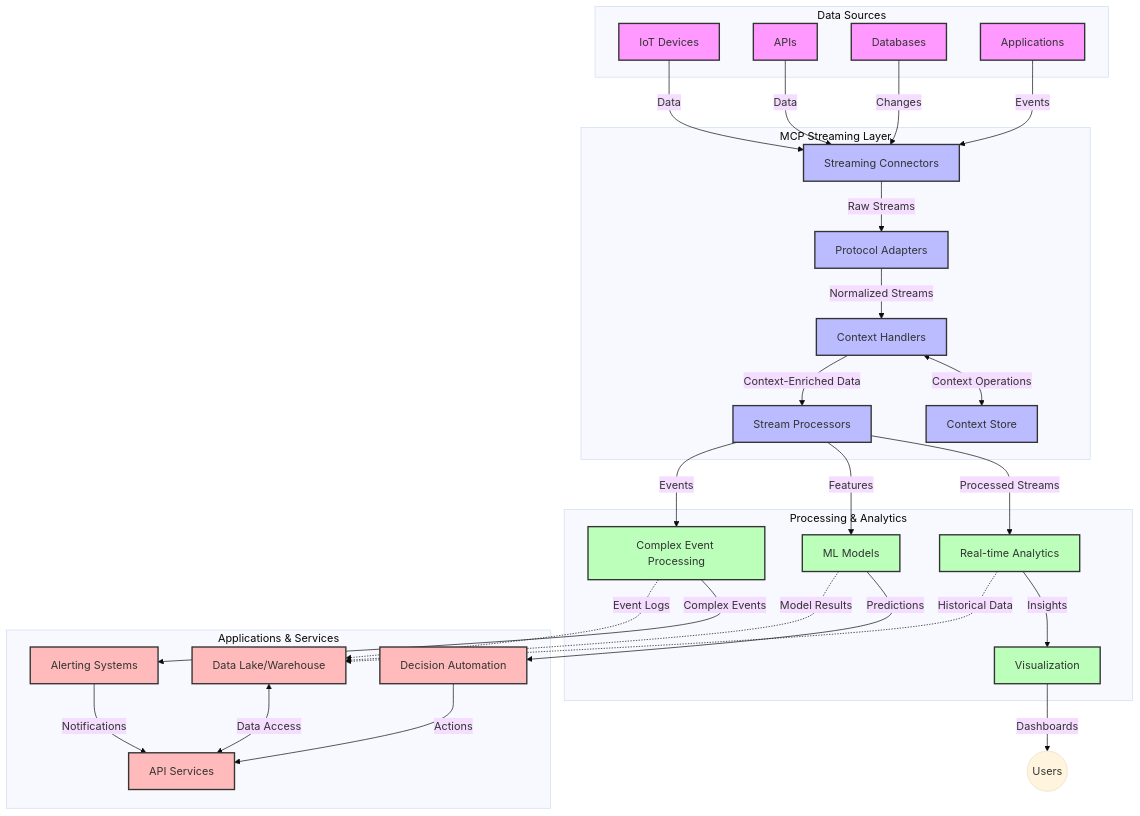
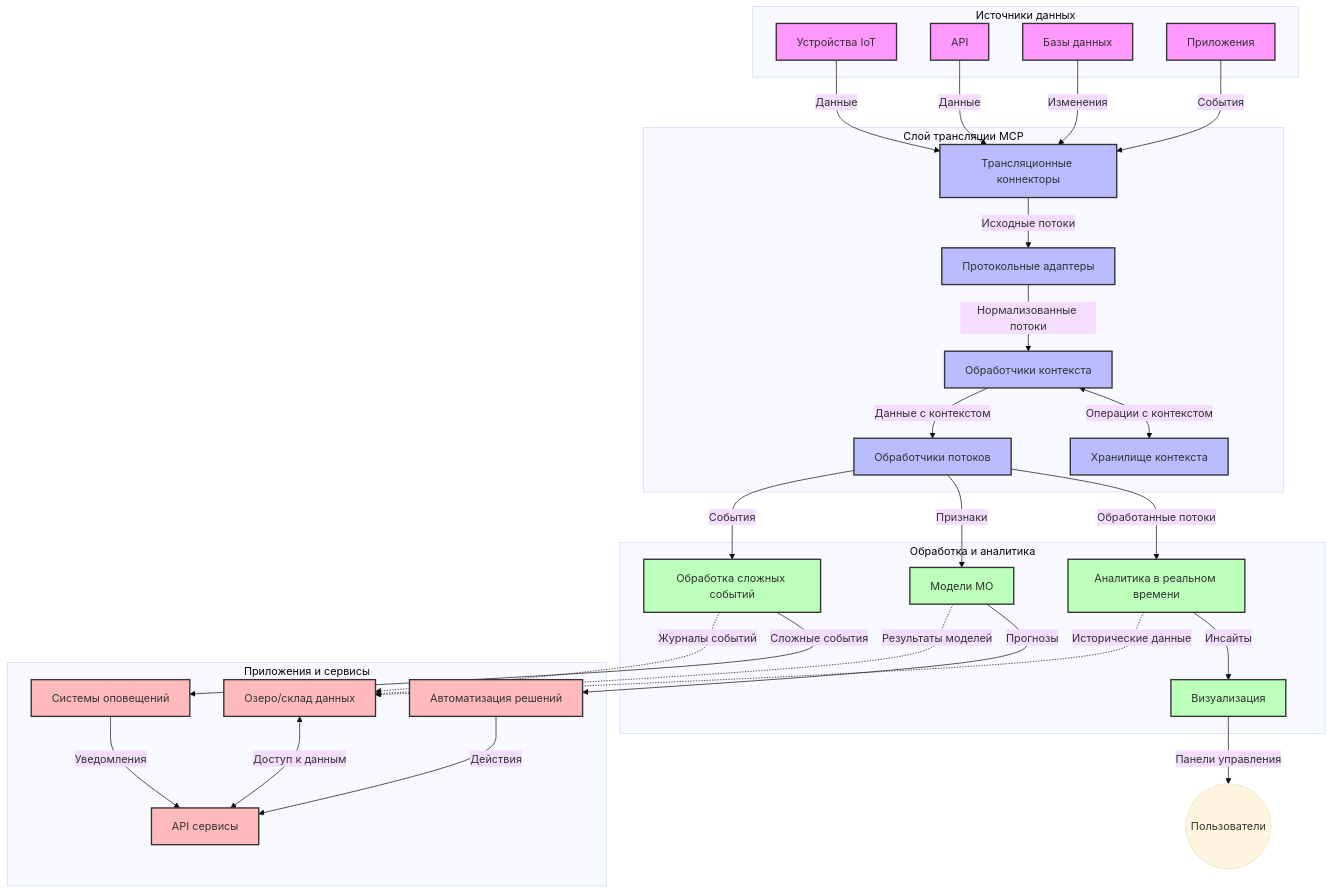
Before and after one commit to HIDORAKAI002/ai-workspace-archive: the diagram in mcp_ecosystem__model_context_protocol/mcp_learning_resources/mcp-for-beginners/translations/ru/05-AdvancedTopics/mcp-realtimestreaming/README.md, drawn with Mermaid (base theme). The commit also changed other lines of this file and 1511 other files, not shown here.

Commit message:
chore(sync): update Public APIs Directory, Awesome ChatGPT Prompts, Dify, Activepieces, Trigger.dev, Windmill, Budibase, punkpeye/awesome-mcp-servers, +22 more

````diff
--- a/mcp_ecosystem__model_context_protocol/mcp_learning_resources/mcp-for-beginners/translations/ru/05-AdvancedTopics/mcp-realtimestreaming/README.md
+++ b/mcp_ecosystem__model_context_protocol/mcp_learning_resources/mcp-for-beginners/translations/ru/05-AdvancedTopics/mcp-realtimestreaming/README.md
@@ -90,67 +90,67 @@
 ```mermaid
 graph TD
-    subgraph "Data Sources"
-        IoT[IoT Devices]
-        APIs[APIs]
-        DB[Databases]
-        Apps[Applications]
+    subgraph "Источники данных"
+        IoT[Устройства IoT]
+        APIs[API]
+        DB[Базы данных]
+        Apps[Приложения]
     end
 
-    subgraph "MCP Streaming Layer"
-        SC[Streaming Connectors]
-        PA[Protocol Adapters]
-        CH[Context Handlers]
-        SP[Stream Processors]
-        CS[Context Store]
+    subgraph "Слой трансляции MCP"
+        SC[Трансляционные коннекторы]
+        PA[Протокольные адаптеры]
+        CH[Обработчики контекста]
+        SP[Обработчики потоков]
+        CS[Хранилище контекста]
     end
 
-    subgraph "Processing & Analytics"
-        RT[Real-time Analytics]
-        ML[ML Models]
-        CEP[Complex Event Processing]
-        Viz[Visualization]
+    subgraph "Обработка и аналитика"
+        RT[Аналитика в реальном времени]
+        ML[Модели МО]
+        CEP[Обработка сложных событий]
+        Viz[Визуализация]
     end
 
-    subgraph "Applications & Services"
-        DA[Decision Automation]
-        Alerts[Alerting Systems]
-        DL[Data Lake/Warehouse]
-        API[API Services]
+    subgraph "Приложения и сервисы"
+        DA[Автоматизация решений]
+        Alerts[Системы оповещений]
+        DL[Озеро/склад данных]
+        API[API сервисы]
     end
 
-    IoT -->|Data| SC
-    APIs -->|Data| SC
-    DB -->|Changes| SC
-    Apps -->|Events| SC
+    IoT -->|Данные| SC
+    APIs -->|Данные| SC
+    DB -->|Изменения| SC
+    Apps -->|События| SC
     
-    SC -->|Raw Streams| PA
-    PA -->|Normalized Streams| CH
-    CH <-->|Context Operations| CS
-    CH -->|Context-Enriched Data| SP
-    SP -->|Processed Streams| RT
-    SP -->|Features| ML
-    SP -->|Events| CEP
+    SC -->|Исходные потоки| PA
+    PA -->|Нормализованные потоки| CH
+    CH <-->|Операции с контекстом| CS
+    CH -->|Данные с контекстом| SP
+    SP -->|Обработанные потоки| RT
+    SP -->|Признаки| ML
+    SP -->|События| CEP
     
-    RT -->|Insights| Viz
-    ML -->|Predictions| DA
-    CEP -->|Complex Events| Alerts
-    Viz -->|Dashboards| Users((Users))
+    RT -->|Инсайты| Viz
+    ML -->|Прогнозы| DA
+    CEP -->|Сложные события| Alerts
+    Viz -->|Панели управления| Users((Пользователи))
     
-    RT -.->|Historical Data| DL
-    ML -.->|Model Results| DL
-    CEP -.->|Event Logs| DL
+    RT -.->|Исторические данные| DL
+    ML -.->|Результаты моделей| DL
+    CEP -.->|Журналы событий| DL
     
-    DA -->|Actions| API
-    Alerts -->|Notifications| API
-    DL <-->|Data Access| API
+    DA -->|Действия| API
+    Alerts -->|Уведомления| API
+    DL <-->|Доступ к данным| API
     
     classDef sources fill:#f9f,stroke:#333,stroke-width:2px
     classDef mcp fill:#bbf,stroke:#333,stroke-width:2px
     classDef processing fill:#bfb,stroke:#333,stroke-width:2px
     classDef apps fill:#fbb,stroke:#333,stroke-width:2px
     
     class IoT,APIs,DB,Apps sources
     class SC,PA,CH,SP,CS mcp
     class RT,ML,CEP,Viz processing
     class DA,Alerts,DL,API apps
 ```
````
